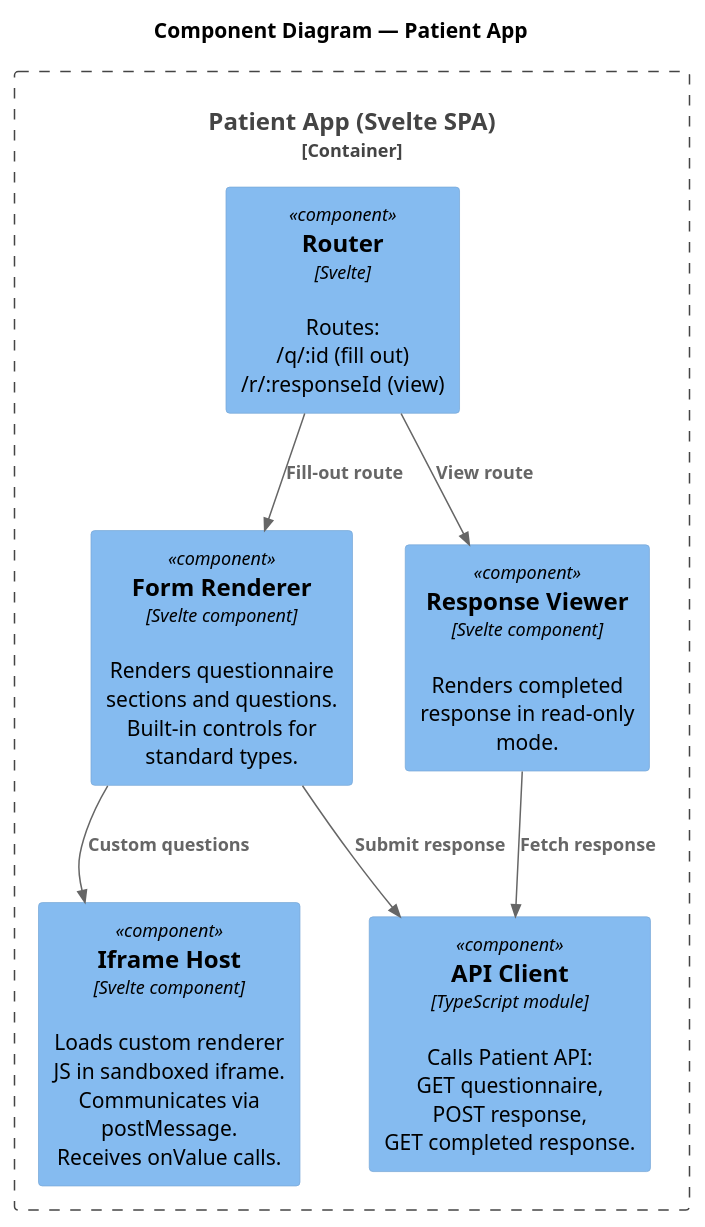
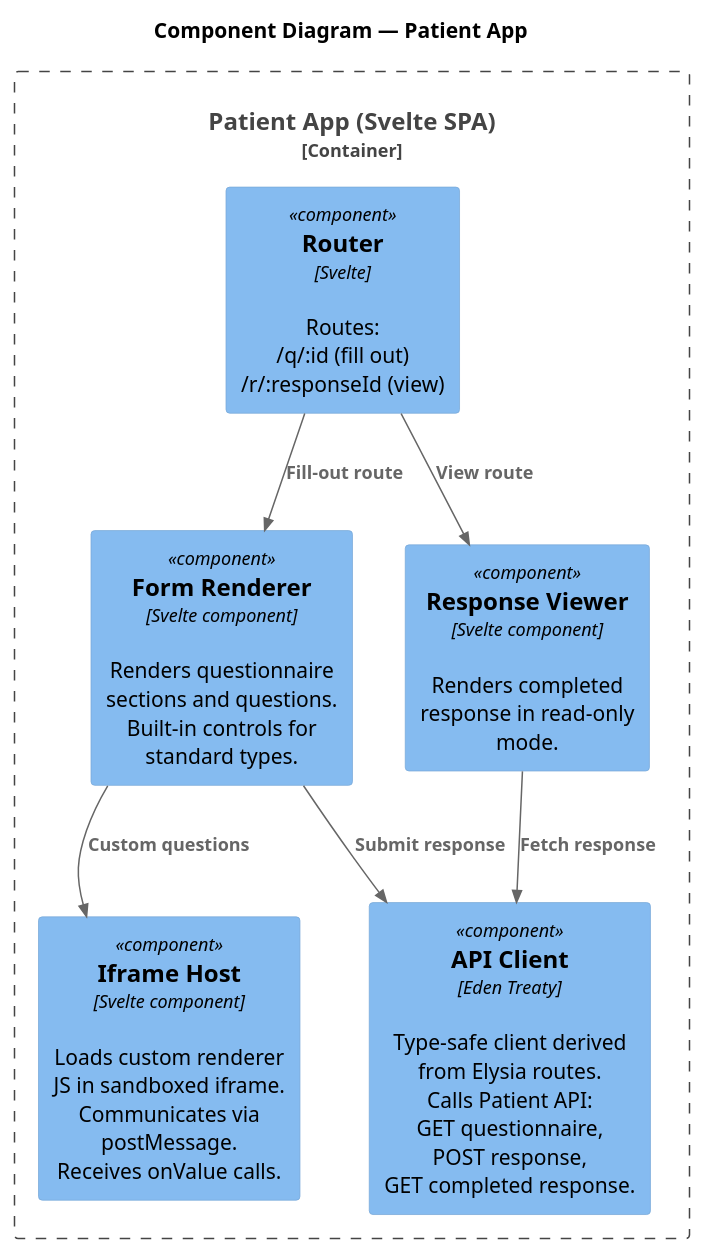
The fifth of 14 diagrams in src/docs/arc42/architecture.adoc (sebi-xitaso/mediform), drawn with PlantUML before and after one commit. The commit also changed other lines of this file and 3 other files, not shown here.

First line of the commit message:
docs: add ADR-007..010 (Eden Treaty, Biome, SQLite repo, pre-push hook), update PRD and specs

```diff
--- a/src/docs/arc42/architecture.adoc
+++ b/src/docs/arc42/architecture.adoc
@@ -332,28 +343,28 @@
 [plantuml]
 ----
 @startuml
 !include <C4/C4_Component>
 
 title Component Diagram — Patient App
 
 Container_Boundary(patient_spa, "Patient App (Svelte SPA)") {
 
   Component(router, "Router", "Svelte", "Routes:\n/q/:id (fill out)\n/r/:responseId (view)")
 
   Component(form_renderer, "Form Renderer", "Svelte component", "Renders questionnaire\nsections and questions.\nBuilt-in controls for\nstandard types.")
 
   Component(iframe_host, "Iframe Host", "Svelte component", "Loads custom renderer\nJS in sandboxed iframe.\nCommunicates via\npostMessage.\nReceives onValue calls.")
 
-  Component(api_client, "API Client", "TypeScript module", "Calls Patient API:\nGET questionnaire,\nPOST response,\nGET completed response.")
+  Component(api_client, "API Client", "Eden Treaty", "Type-safe client derived\nfrom Elysia routes.\nCalls Patient API:\nGET questionnaire,\nPOST response,\nGET completed response.")
 
   Component(response_viewer, "Response Viewer", "Svelte component", "Renders completed\nresponse in read-only\nmode.")
 }
 
 Rel(router, form_renderer, "Fill-out route")
 Rel(router, response_viewer, "View route")
 Rel(form_renderer, iframe_host, "Custom questions")
 Rel(form_renderer, api_client, "Submit response")
 Rel(response_viewer, api_client, "Fetch response")
 
 @enduml
 ----
```
